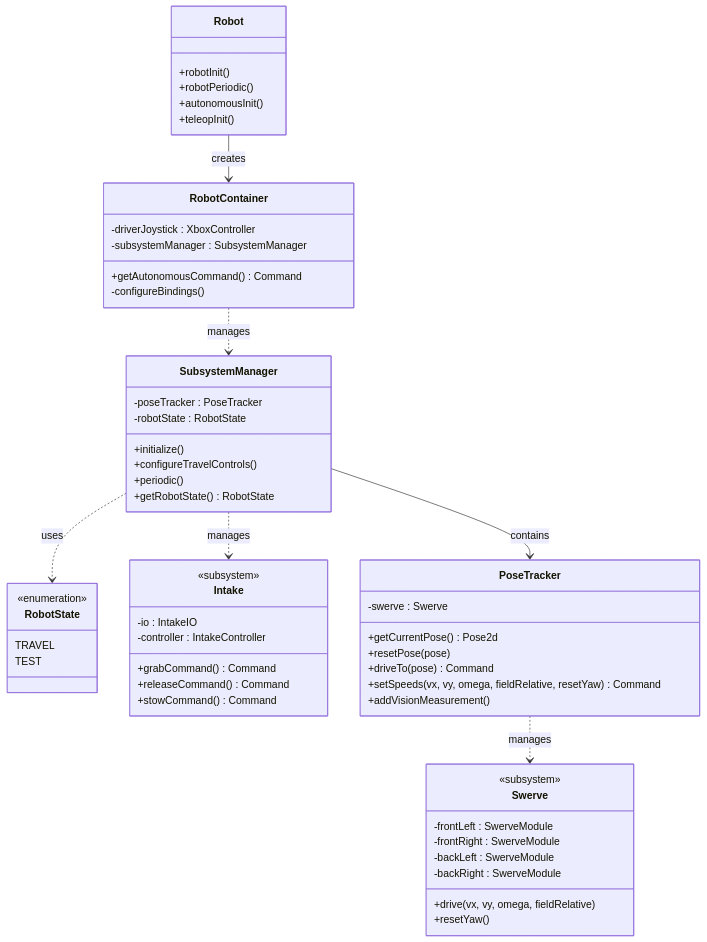
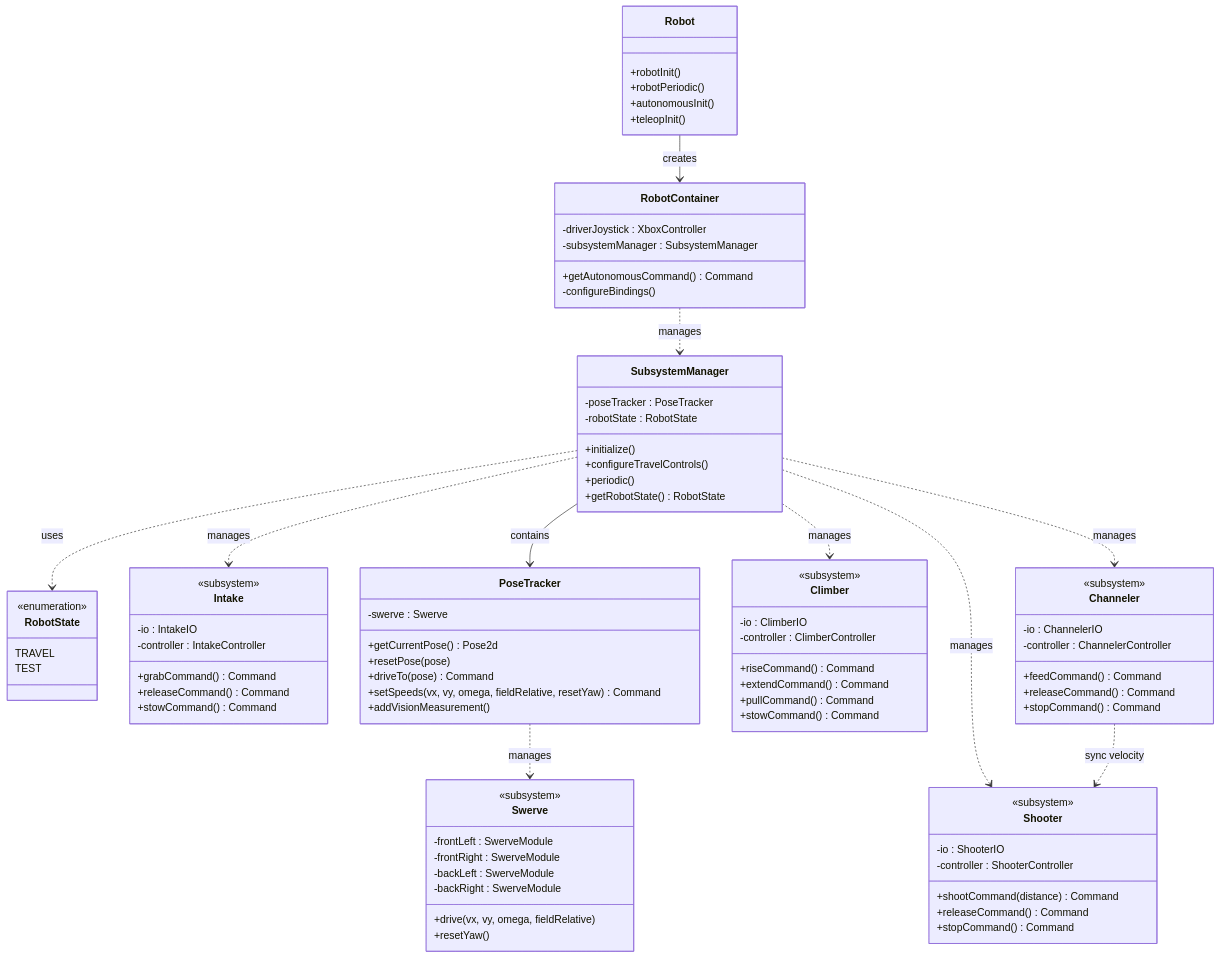
One commit to FIRST-Nautilus-4010/FRCRebuilt2026-Progra changed the second of 7 diagrams in README.md. Above: the diagram before and after it, drawn with Mermaid. The commit also changed other lines of this file, not shown here.

````diff
--- a/README.md
+++ b/README.md
@@ -747,6 +745,34 @@
         +stowCommand() Command
     }
     
+    class Shooter {
+        <<subsystem>>
+        -io : ShooterIO
+        -controller : ShooterController
+        +shootCommand(distance) Command
+        +releaseCommand() Command
+        +stopCommand() Command
+    }
+    
+    class Channeler {
+        <<subsystem>>
+        -io : ChannelerIO
+        -controller : ChannelerController
+        +feedCommand() Command
+        +releaseCommand() Command
+        +stopCommand() Command
+    }
+    
+    class Climber {
+        <<subsystem>>
+        -io : ClimberIO
+        -controller : ClimberController
+        +riseCommand() Command
+        +extendCommand() Command
+        +pullCommand() Command
+        +stowCommand() Command
+    }
+    
     class PoseTracker {
         -swerve : Swerve
         +getCurrentPose() Pose2d
@@ -762,4 +788,8 @@
     SubsystemManager ..> RobotState : uses
     PoseTracker ..> Swerve : manages
     SubsystemManager ..> Intake : manages
+    SubsystemManager ..> Shooter : manages
+    SubsystemManager ..> Channeler : manages
+    SubsystemManager ..> Climber : manages
+    Channeler ..> Shooter : sync velocity
 ```
````
